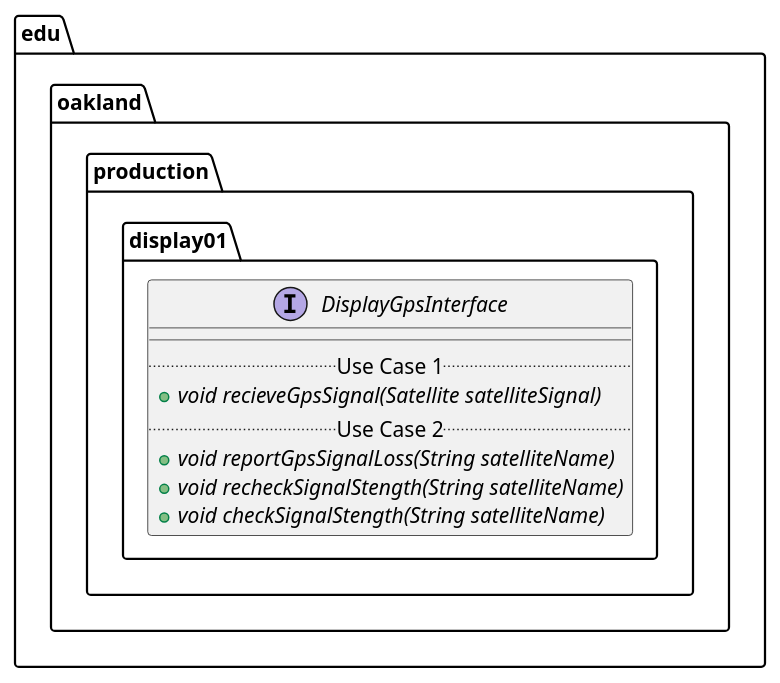
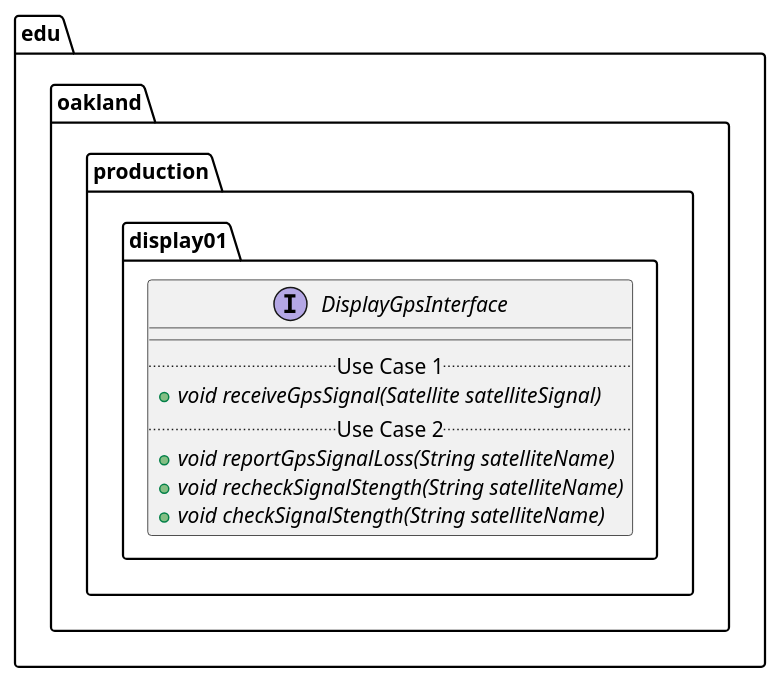
Before and after one commit to andrewdimmer/csi-3370-software-project: the diagram in docs/uml-class-diagrams/display01/production/DisplayGpsInterface/DisplayGpsInterface.puml, drawn with PlantUML. The commit also changed 2 other files, not shown here.

```diff
--- a/docs/uml-class-diagrams/display01/production/DisplayGpsInterface/DisplayGpsInterface.puml
+++ b/docs/uml-class-diagrams/display01/production/DisplayGpsInterface/DisplayGpsInterface.puml
@@ -1,15 +1,15 @@
 @startuml DisplayGpsInterface
 
 package edu.oakland.production.display01 {
     interface DisplayGpsInterface {
         __
         .. Use Case 1 ..
-        {abstract} + void recieveGpsSignal(Satellite satelliteSignal)
+        {abstract} + void receiveGpsSignal(Satellite satelliteSignal)
         .. Use Case 2 ..
         {abstract} + void reportGpsSignalLoss(String satelliteName)
         {abstract} + void recheckSignalStength(String satelliteName)
         {abstract} + void checkSignalStength(String satelliteName)
     }
 }
 
 @enduml
```
